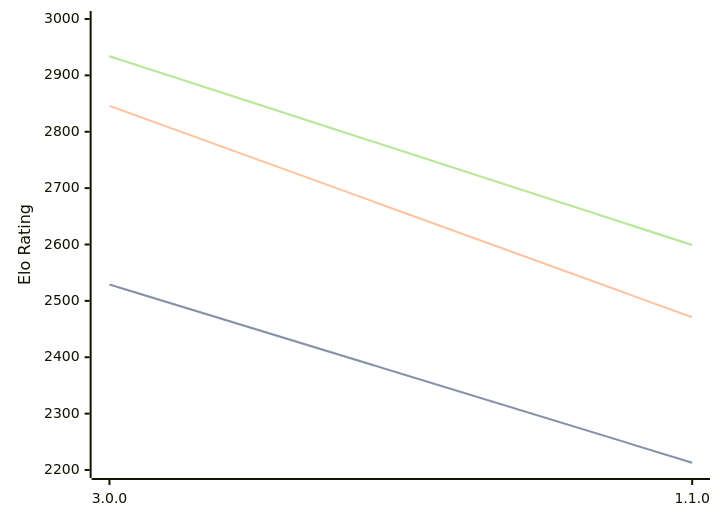
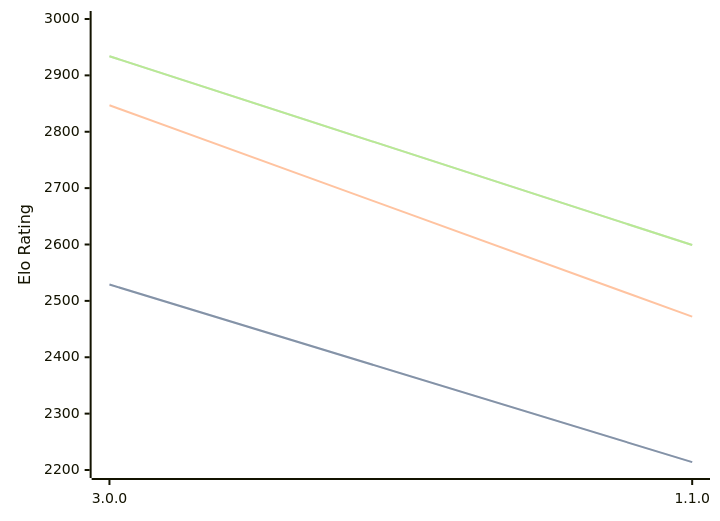
Before and after one commit to computer-chess-index/cci: the first of 3 diagrams in engines/Potential.md, drawn with Mermaid. The commit also changed other lines of this file, not shown here.

````diff
--- a/engines/Potential.md
+++ b/engines/Potential.md
@@ -34,11 +34,11 @@
 ```mermaid
 %%{init: {"theme":"base","themeVariables":{"seriesColors:['#a3a3a3','#222221','#faa371']}}}%%
 xychart-beta
   x-axis ["3.0.0", "1.1.0"]
   y-axis "Elo Rating" 2200 --> 3000
-  line "STC (8.0+0.08s)" [2529, 2213]
-  line "STC (8.0+0.08s)" [2529, 2213]
-  line "LTC (60.0+0.60s)" [2846, 2471]
+  line "STC (8.0+0.08s)" [2529, 2214]
+  line "STC (8.0+0.08s)" [2529, 2214]
+  line "LTC (60.0+0.60s)" [2847, 2472]
   line "VLTC (2m24s+1.12s)" [2934, 2599]
   line "VLTC (2m24s+1.12s)" [2934, 2599]
 ```
````
